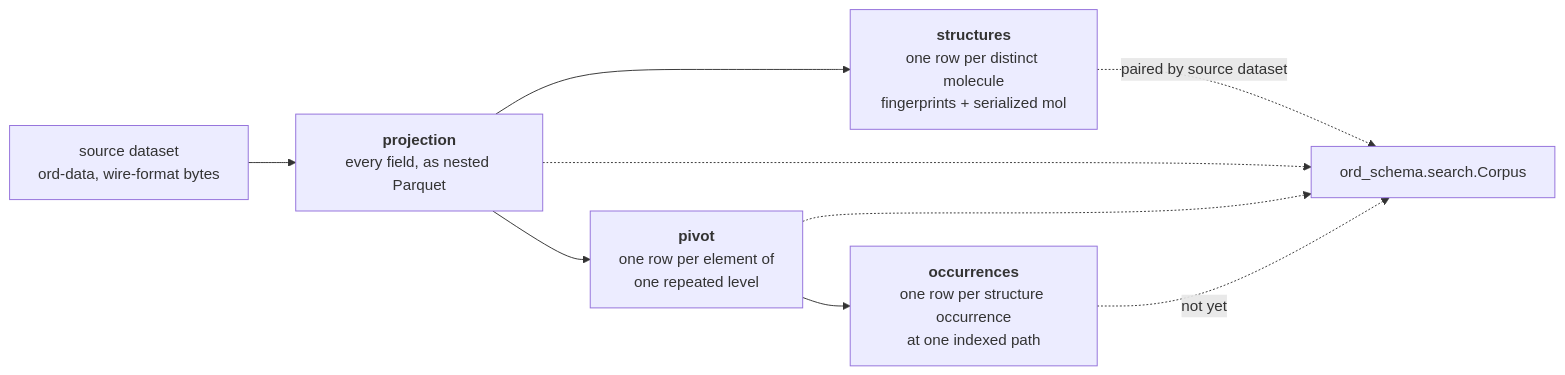
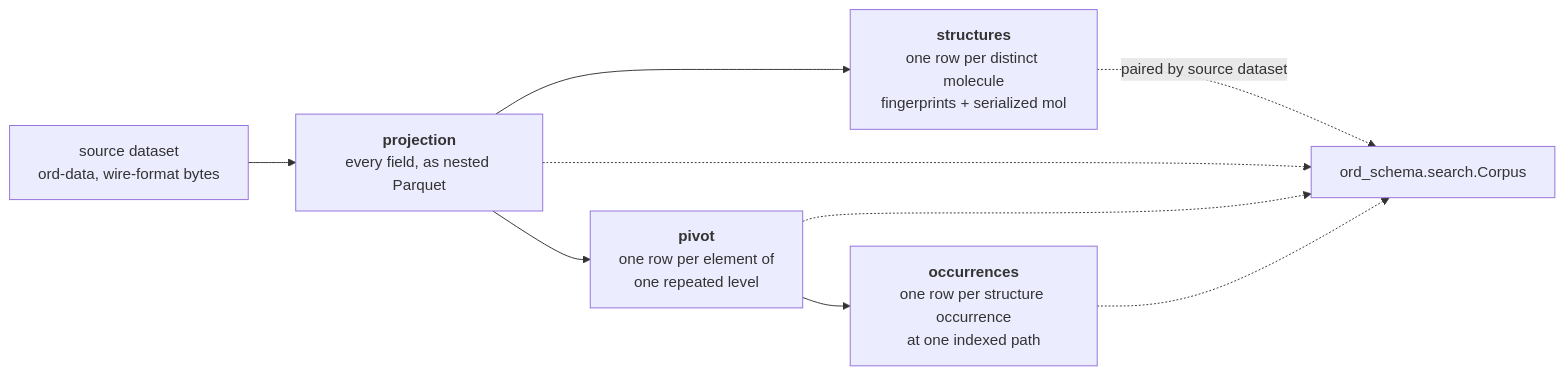
Before and after one commit to open-reaction-database/ord-schema: the diagram in ord_schema/artifacts/README.md, drawn with Mermaid. The commit also changed other lines of this file and 5 other files, not shown here.

````diff
--- a/ord_schema/artifacts/README.md
+++ b/ord_schema/artifacts/README.md
@@ -12,11 +12,11 @@
 ```mermaid
 flowchart LR
     D["source dataset<br/>ord-data, wire-format bytes"] --> P["<b>projection</b><br/>every field, as nested Parquet"]
     P --> S["<b>structures</b><br/>one row per distinct molecule<br/>fingerprints + serialized mol"]
     P --> V["<b>pivot</b><br/>one row per element of<br/>one repeated level"]
     V --> O["<b>occurrences</b><br/>one row per structure occurrence<br/>at one indexed path"]
     S -.->|"paired by source dataset"| C["ord_schema.search.Corpus"]
     P -.-> C
     V -.-> C
-    O -. "not yet" .-> C
+    O -.-> C
 ```
````
